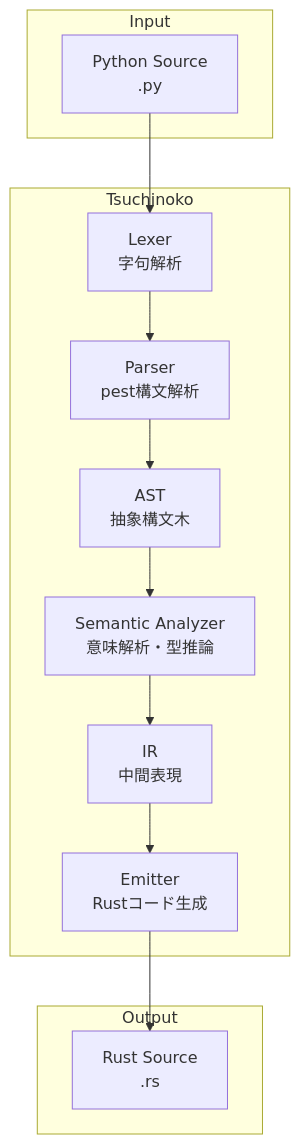
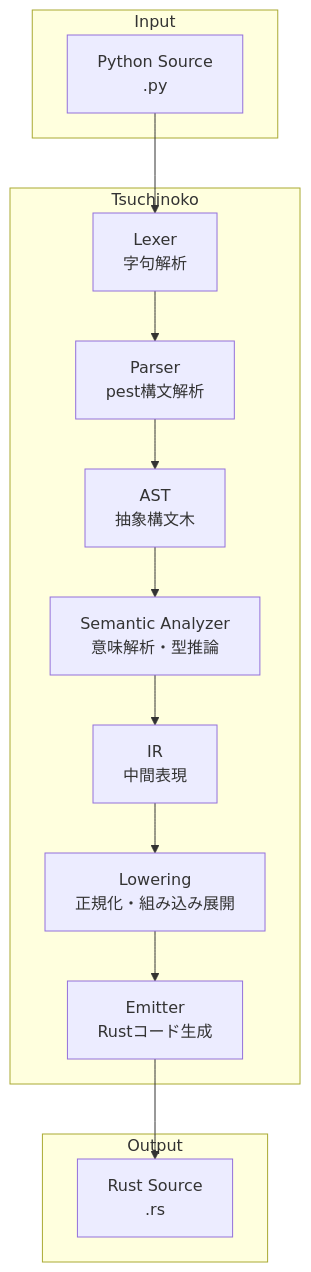
Before and after one commit to tanep3/Tsuchinoko: the first of 7 diagrams in docs/system-design.md, drawn with Mermaid. The commit also changed other lines of this file and 15 other files, not shown here.

````diff
--- a/docs/system-design.md
+++ b/docs/system-design.md
@@ -28,21 +28,22 @@
 ```mermaid
 flowchart TB
     subgraph Input
         PY[Python Source<br/>.py]
     end
     
     subgraph Tsuchinoko
         LEX[Lexer<br/>字句解析]
         PARSE[Parser<br/>pest構文解析]
         AST[AST<br/>抽象構文木]
         SEM[Semantic Analyzer<br/>意味解析・型推論]
         IR[IR<br/>中間表現]
+        LOW[Lowering<br/>正規化・組み込み展開]
         EMIT[Emitter<br/>Rustコード生成]
     end
     
     subgraph Output
         RS[Rust Source<br/>.rs]
     end
     
-    PY --> LEX --> PARSE --> AST --> SEM --> IR --> EMIT --> RS
+    PY --> LEX --> PARSE --> AST --> SEM --> IR --> LOW --> EMIT --> RS
 ```
````
